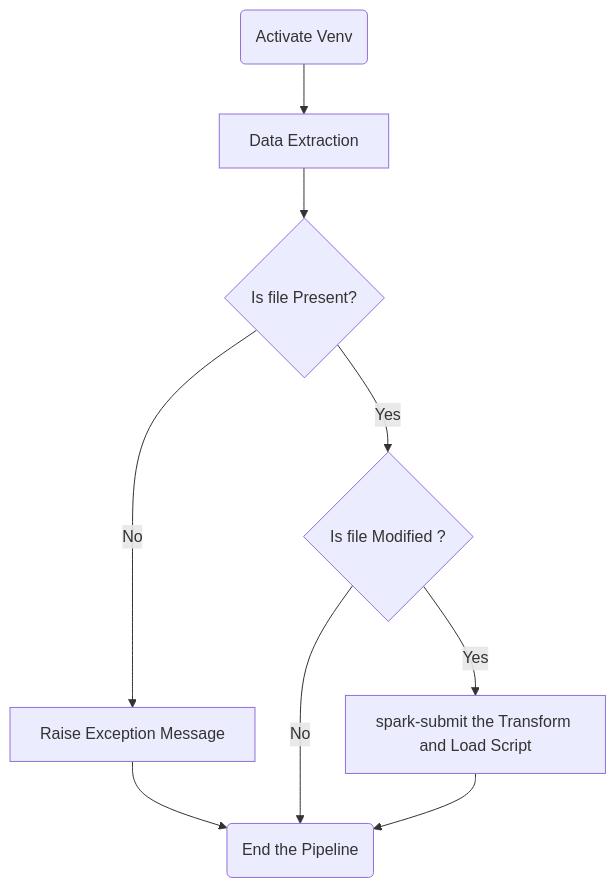
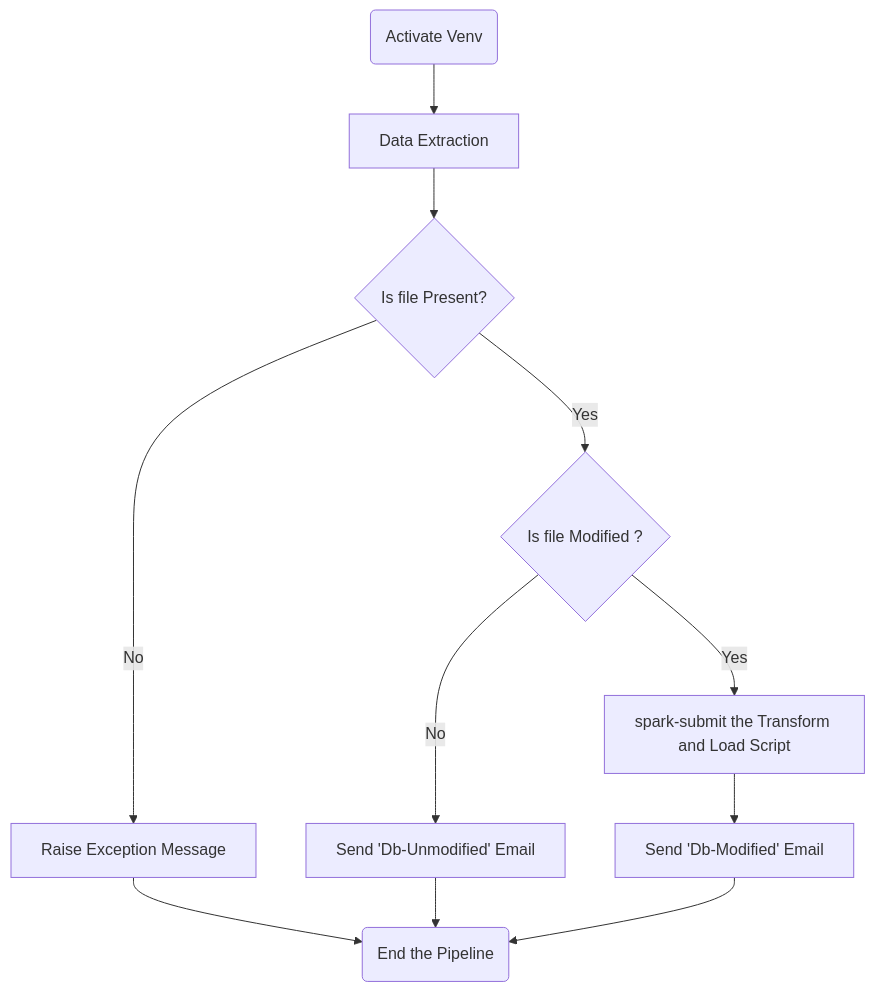
The diagram in readme.md (fusesushan/MarketData_ETL), drawn with Mermaid before and after one commit.

````diff
--- a/readme.md
+++ b/readme.md
@@ -59,9 +59,11 @@
 ```mermaid
 graph TD
 A(Activate Venv) --> B[Data Extraction] --> C{Is file Present?}
-C -- No --> D[Raise Exception Message] --> G
+C -- No --> D[Raise Exception Message] --> I
 C -- Yes --> E{Is file Modified ?}
-E -- No --> G
-E -- Yes --> F[spark-submit the Transform and Load Script]
-F --> G(End the Pipeline)
+E -- No --> F[Send 'Db-Unmodified' Email]
+F --> I
+E -- Yes --> G[spark-submit the Transform and Load Script]
+G --> H[Send 'Db-Modified' Email]
+H --> I(End the Pipeline)
 ```
````
